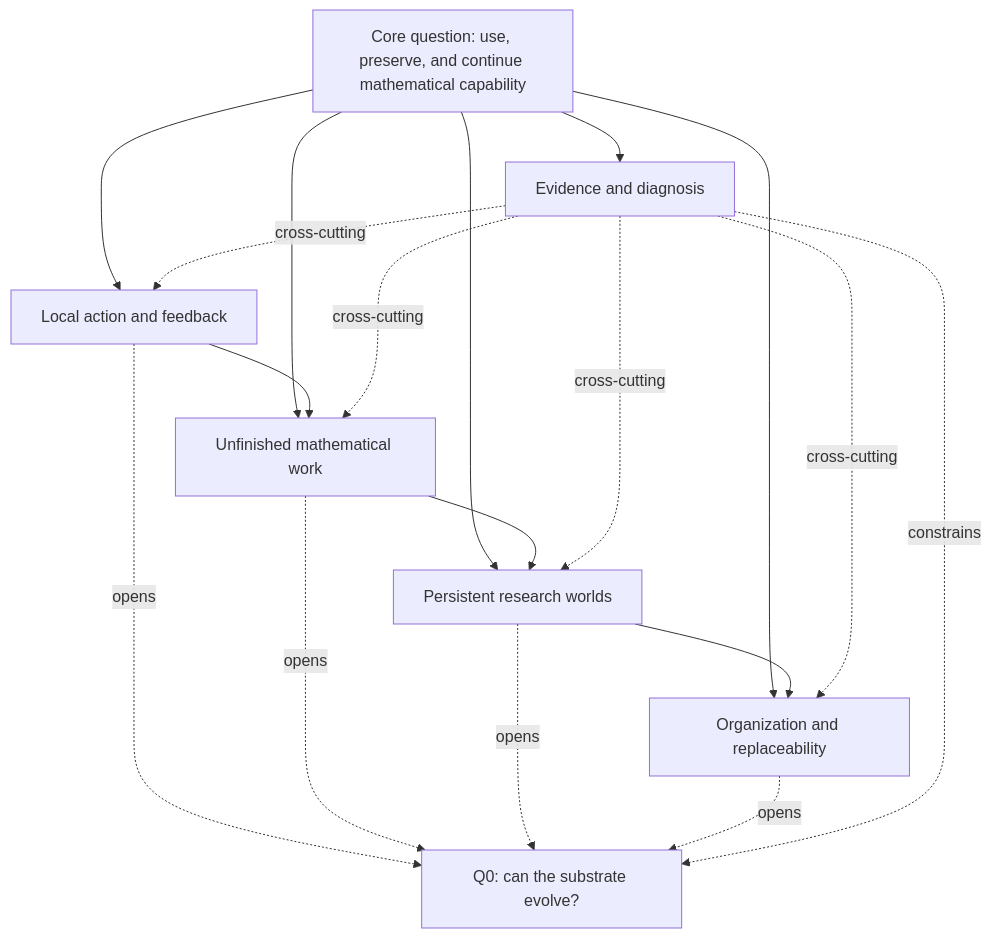
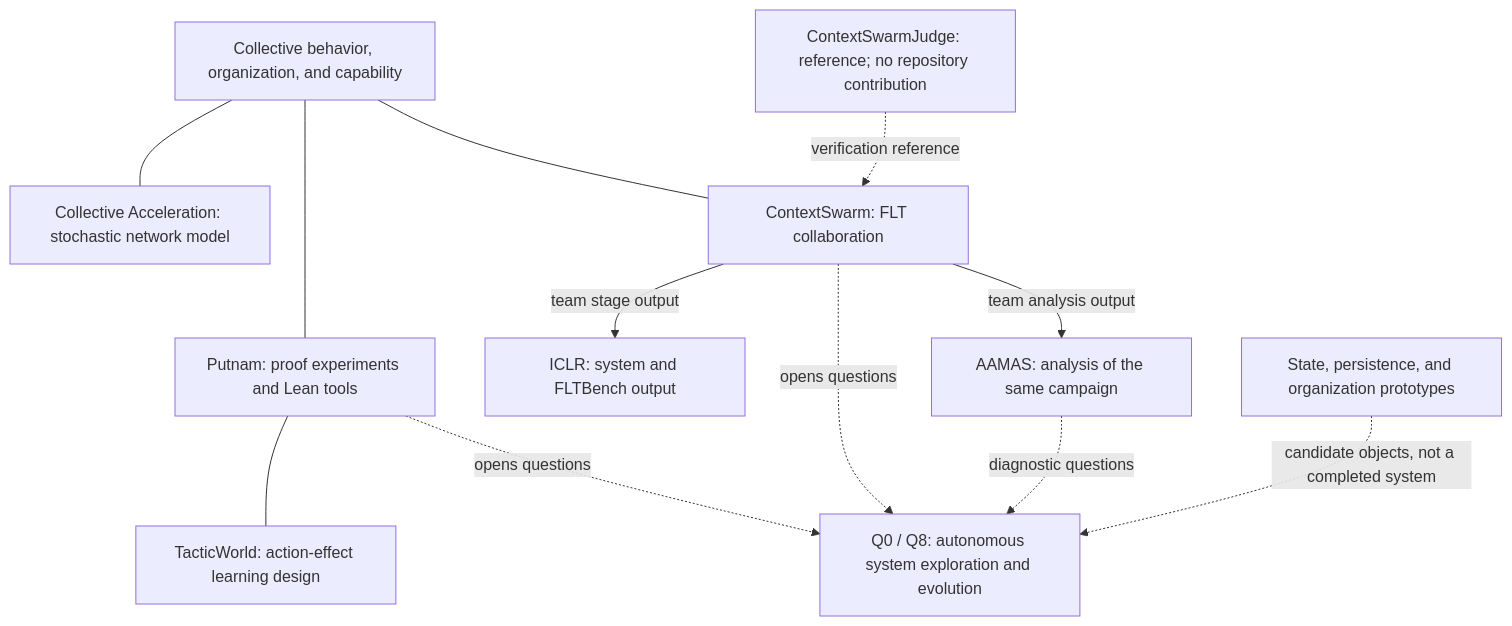
The diagram in docs/research-graph.md (yuan-chengzhi/Researching-Research), drawn with Mermaid before and after one commit. The commit also changed other lines of this file and 25 other files, not shown here.

First line of the commit message:
Clarify research scope, contributions, and evidence; streamline bilingual atlas

````diff
--- a/docs/research-graph.md
+++ b/docs/research-graph.md
@@ -30,28 +7,25 @@
 ```mermaid
 flowchart TD
-    R["Core question: use, preserve, and continue mathematical capability"]
-    L["Local action and feedback"]
-    U["Unfinished mathematical work"]
-    P["Persistent research worlds"]
-    O["Organization and replaceability"]
-    E["Evidence and diagnosis"]
-    Q["Q0: can the substrate evolve?"]
+    R["Collective behavior, organization, and capability"]
+    M["Collective Acceleration: stochastic network model"]
+    P["Putnam: proof experiments and Lean tools"]
+    C["ContextSwarm: FLT collaboration"]
+    I["ICLR: system and FLTBench output"]
+    A["AAMAS: analysis of the same campaign"]
+    T["TacticWorld: action-effect learning design"]
+    S["State, persistence, and organization prototypes"]
+    Q["Q0 / Q8: autonomous system exploration and evolution"]
+    J["ContextSwarmJudge: reference; no repository contribution"]
 
-    R --> L
-    R --> U
-    R --> P
-    R --> O
-    R --> E
-    L --> U
-    U --> P
-    P --> O
-    E -. "cross-cutting" .-> L
-    E -. "cross-cutting" .-> U
-    E -. "cross-cutting" .-> P
-    E -. "cross-cutting" .-> O
-    L -. "opens" .-> Q
-    U -. "opens" .-> Q
-    P -. "opens" .-> Q
-    O -. "opens" .-> Q
-    E -. "constrains" .-> Q
+    R --- M
+    R --- P
+    R --- C
+    P --- T
+    C -->|"team stage output"| I
+    C -->|"team analysis output"| A
+    J -. "verification reference" .-> C
+    P -. "opens questions" .-> Q
+    C -. "opens questions" .-> Q
+    A -. "diagnostic questions" .-> Q
+    S -. "candidate objects, not a completed system" .-> Q
 ```
````
